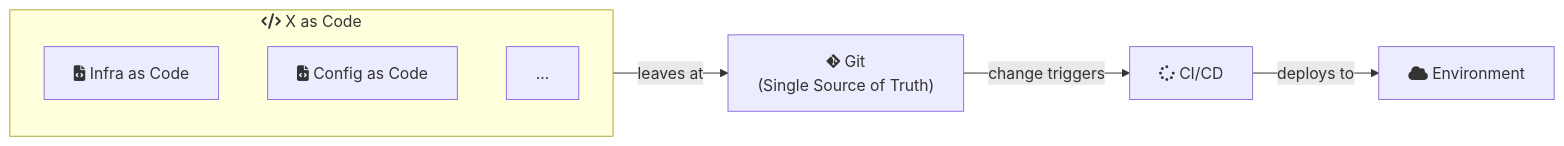
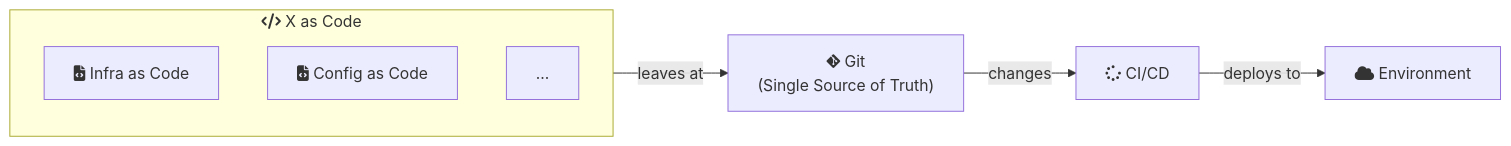
The second of 4 diagrams in README.md (rellyson/argo-cd), drawn with Mermaid before and after one commit. The commit also changed other lines of this file and 2 other files, not shown here.

````diff
--- a/README.md
+++ b/README.md
@@ -47,17 +47,17 @@
 ```mermaid
 flowchart LR
 
 subgraph x_as_code["fas:fa-code X as Code"]
     iac["fas:fa-file-code Infra as Code"]
     cac["fas:fa-file-code  Config as Code"]
     etc[...]
 end
 
 git["fab:fa-git-alt Git
     (Single Source of Truth)
     "]
 ci_cd["fas:fa-spinner CI/CD"]
 env["fas:fa-cloud Environment"]
 
-x_as_code -->|leaves at| git -->|change triggers| ci_cd -->|deploys to| env
+x_as_code -->|leaves at| git -->|changes| ci_cd -->|deploys to| env
 ```
````
